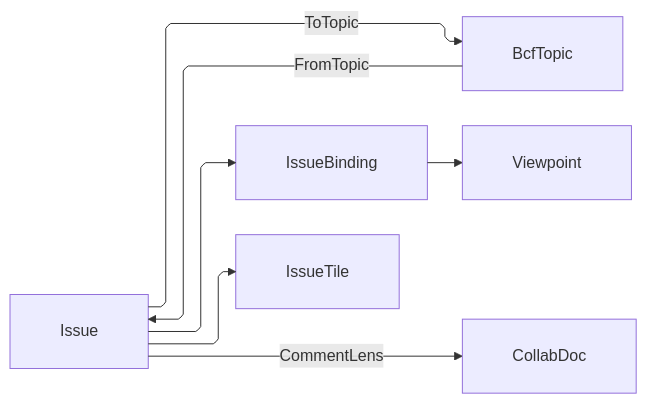
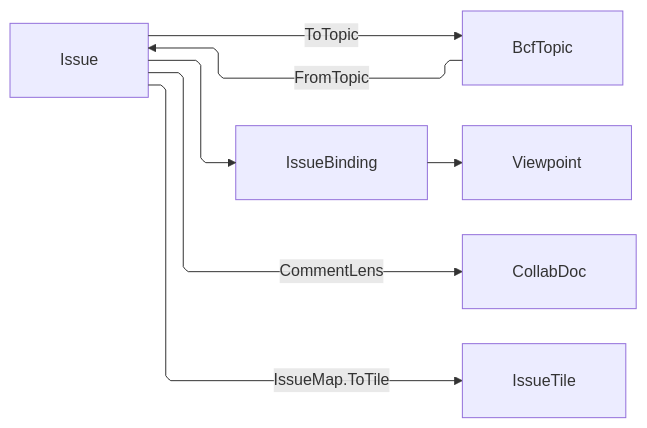
One commit to bsamiee/Rasm changed the diagram in libs/csharp/Rasm.AppUi/.planning/Collab/issues.md. Above: the diagram before and after it, drawn with Mermaid. The commit also changed other lines of this file and 818 other files, not shown here.

````diff
--- a/libs/csharp/Rasm.AppUi/.planning/Collab/issues.md
+++ b/libs/csharp/Rasm.AppUi/.planning/Collab/issues.md
@@ -158,18 +219,18 @@
 ```mermaid
 ---
 config:
   layout: elk
   flowchart:
     curve: linear
     padding: 25
 ---
 flowchart LR
     accTitle: BCF issue projection round trip
     accDescr: A BCF topic admitting as an issue that binds a viewpoint, projects comments onto the collaboration document and a board tile, and returns to the topic through the reciprocal projection.
     BcfTopic -->|FromTopic| Issue
     Issue --> IssueBinding
     IssueBinding --> Viewpoint
     Issue -->|CommentLens| CollabDoc
-    Issue --> IssueTile
+    Issue -->|IssueMap.ToTile| IssueTile
     Issue -->|ToTopic| BcfTopic
 ```
````
